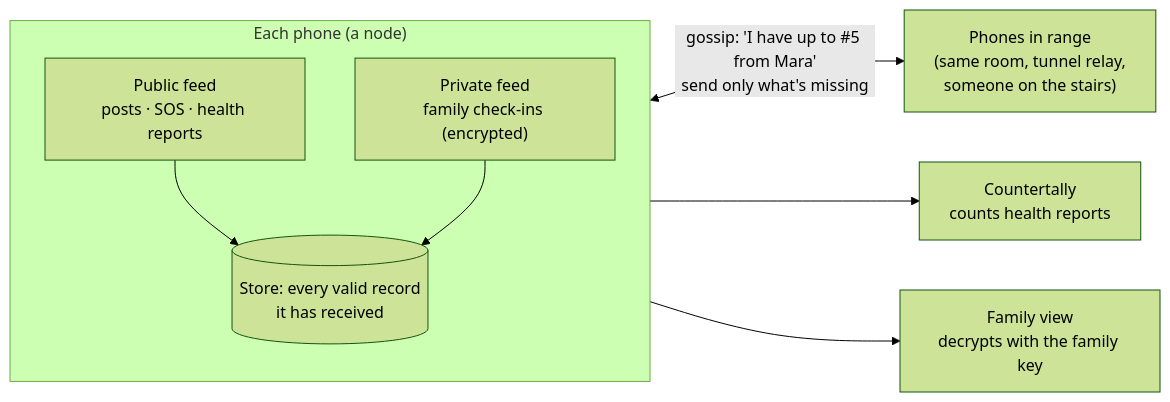
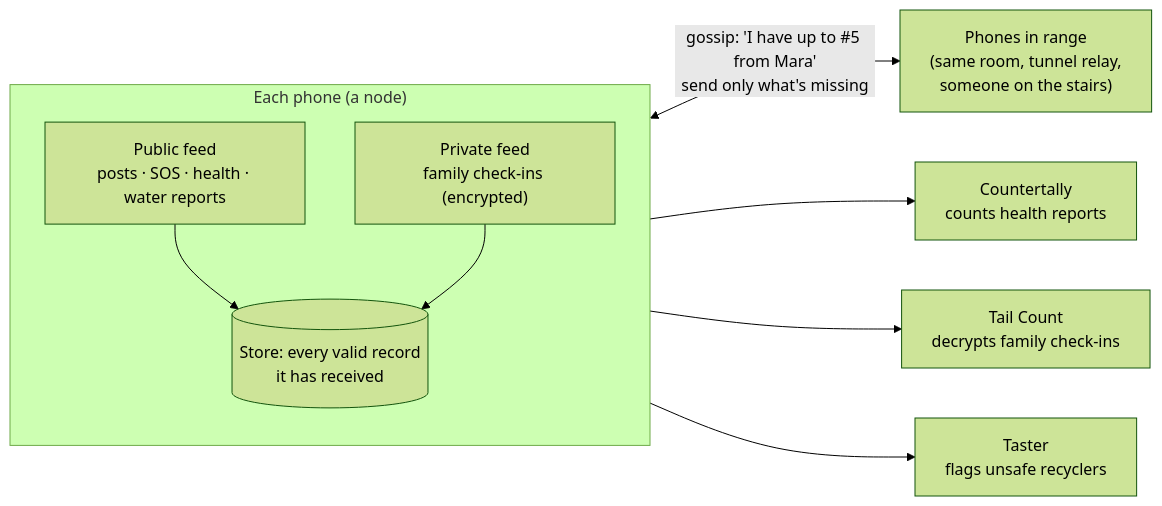
One commit to Mask0051/Hollow-Mesh changed the diagram in README.md. Above: the diagram before and after it, drawn with Mermaid (forest theme). The commit also changed other lines of this file and 32 other files, not shown here.

Commit message:
Taster (water reports), SOS flag + service icons, pause on tab hide, submission tidy-up

````diff
--- a/README.md
+++ b/README.md
@@ -113,14 +134,15 @@
 ```mermaid
 flowchart LR
   subgraph Phone["Each phone (a node)"]
     direction TB
-    PUB["Public feed<br/>posts · SOS · health reports"]
+    PUB["Public feed<br/>posts · SOS · health · water reports"]
     PRIV["Private feed<br/>family check-ins (encrypted)"]
     STORE[("Store: every valid record<br/>it has received")]
     PUB --> STORE
     PRIV --> STORE
   end
   STORE <-->|"gossip: 'I have up to #5 from Mara'<br/>send only what's missing"| OTHER["Phones in range<br/>(same room, tunnel relay,<br/>someone on the stairs)"]
   STORE --> CT["Countertally<br/>counts health reports"]
-  STORE --> FAM["Family view<br/>decrypts with the family key"]
+  STORE --> FAM["Tail Count<br/>decrypts family check-ins"]
+  STORE --> WAT["Taster<br/>flags unsafe recyclers"]
 ```
````
